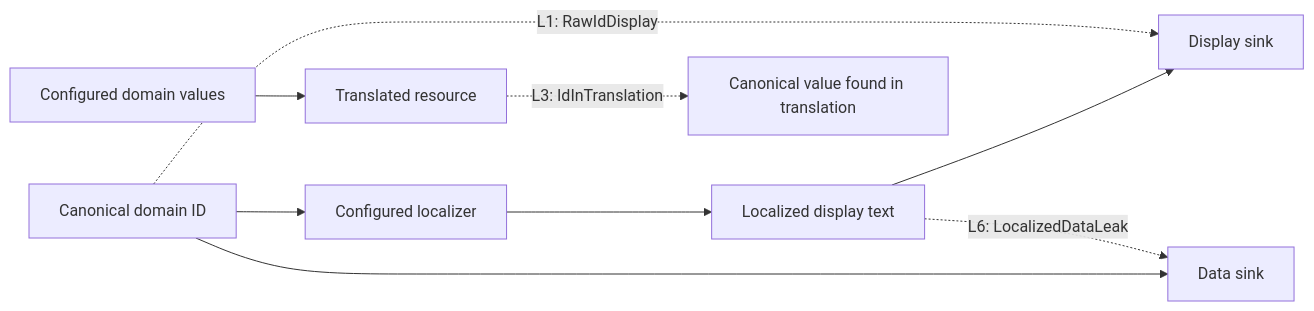
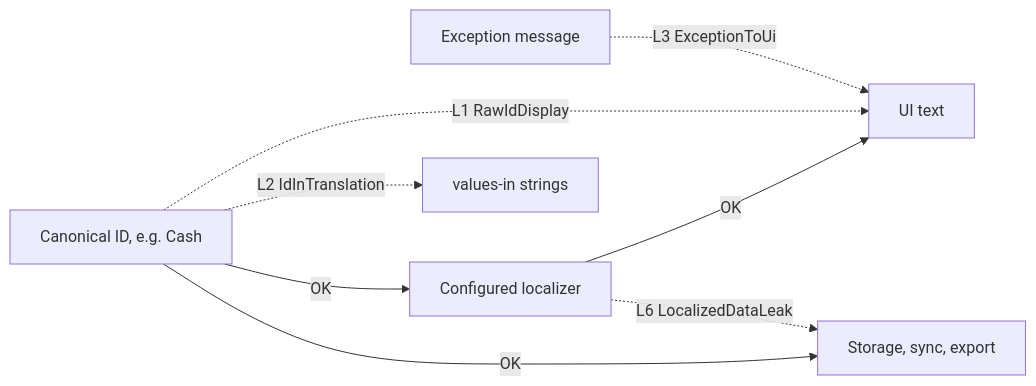
One commit to fridaysundaymood/indonesian-english-linter changed the second of 2 diagrams in README.md. Above: the diagram before and after it, drawn with Mermaid. The commit also changed other lines of this file, not shown here.

Commit message:
Clarify display/data boundary diagram

````diff
--- a/README.md
+++ b/README.md
@@ -74,11 +73,10 @@
 ```mermaid
 flowchart LR
-    ID["Canonical domain ID"] --> LOC["Configured localizer"]
-    LOC --> LABEL["Localized display text"]
-    LABEL --> UI["Display sink"]
-    ID --> DATA["Data sink"]
-    ID -. "L1: RawIdDisplay" .-> UI
-    LABEL -. "L6: LocalizedDataLeak" .-> DATA
-    VALUES["Configured domain values"] --> RESOURCE["Translated resource"]
-    RESOURCE -. "L3: IdInTranslation" .-> FINDING["Canonical value found in translation"]
+    ID["Canonical ID, e.g. Cash"] -- "OK" --> LOC["Configured localizer"]
+    LOC -- "OK" --> UI["UI text"]
+    ID -- "OK" --> DATA["Storage, sync, export"]
+    ID -. "L1 RawIdDisplay" .-> UI
+    LOC -. "L6 LocalizedDataLeak" .-> DATA
+    ERR["Exception message"] -. "L3 ExceptionToUi" .-> UI
+    ID -. "L2 IdInTranslation" .-> RES["values-in strings"]
 ```
````
